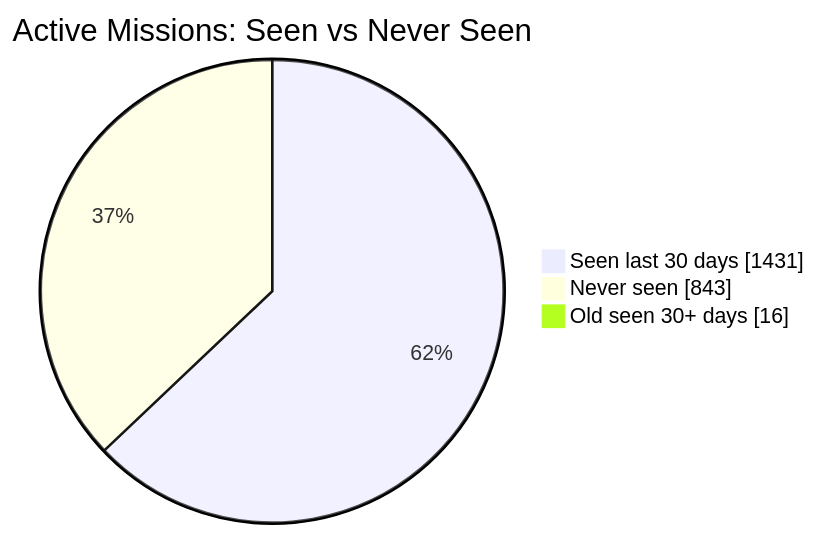
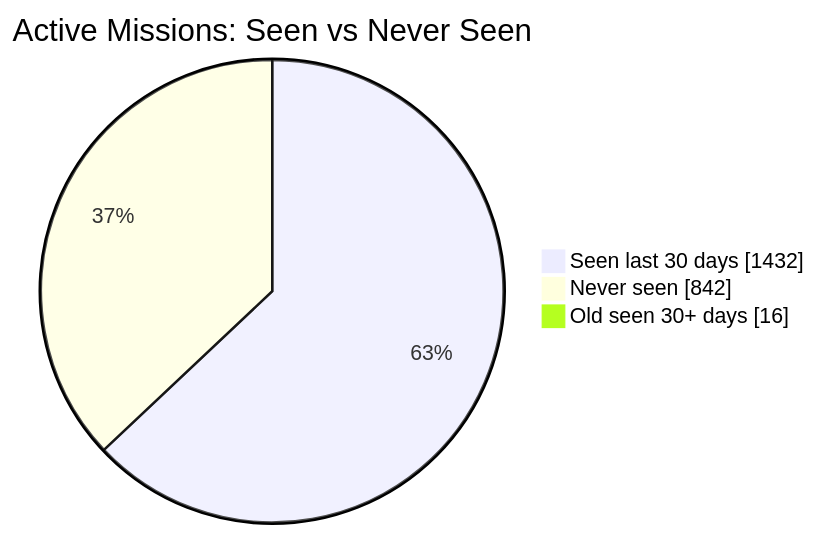
One commit to MeldkamerspelGameTeam/active-missions changed the first of 2 diagrams in README.md. Above: the diagram before and after it, drawn with Mermaid. The commit also changed other lines of this file and 3 other files, not shown here.

````diff
--- a/README.md
+++ b/README.md
@@ -34,7 +34,7 @@
 ```mermaid
 pie showData
     title Active Missions: Seen vs Never Seen
-    "Seen last 30 days" : 1431
-    "Never seen" : 843
+    "Seen last 30 days" : 1432
+    "Never seen" : 842
     "Old seen 30+ days" : 16
 ```
````
